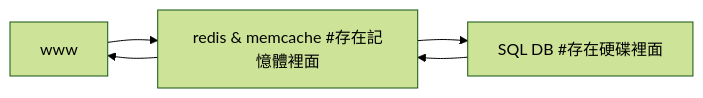
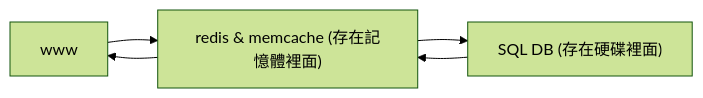
The diagram in linux/112semester01/01.md (stereomp3/note), drawn with Mermaid (forest theme) before and after one commit. The commit also changed 1 other file, not shown here.

Commit message:
fix linux notes error

````diff
--- a/linux/112semester01/01.md
+++ b/linux/112semester01/01.md
@@ -23,7 +23,7 @@
 ```mermaid
 graph LR
- A[www] --> B[redis & memcache #存在記憶體裡面]
- B[redis & memcache  #存在記憶體裡面] --> C[SQL DB  #存在硬碟裡面]
- C[SQL DB  #存在硬碟裡面] --> B[redis & memcache  #存在記憶體裡面]
- B[redis & memcache #存在記憶體裡面] --> A[www]
+ A[www] --> B["redis & memcache (存在記憶體裡面)"]
+ B["redis & memcache (存在記憶體裡面)"] --> C["SQL DB  (存在硬碟裡面)"]
+ C["SQL DB  (存在硬碟裡面)"] --> B["redis & memcache (存在記憶體裡面)"]
+ B["redis & memcache (存在記憶體裡面)"] --> A[www]
 ```
````
